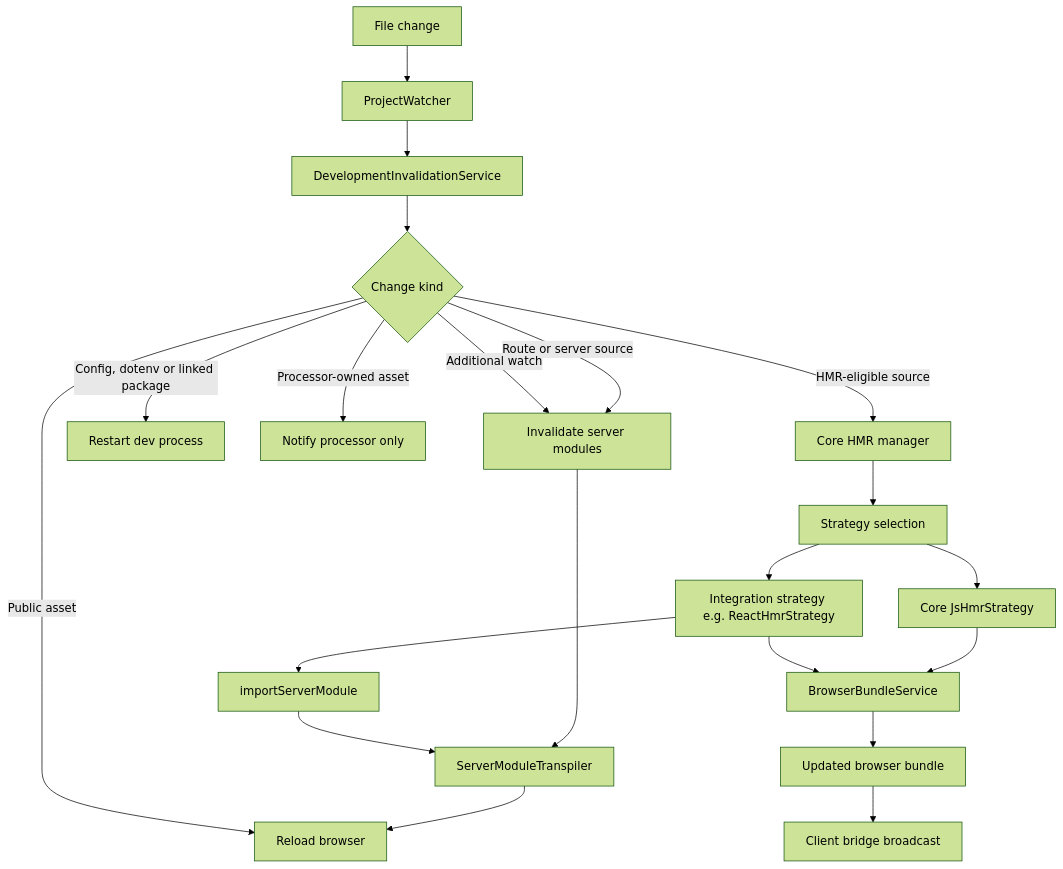
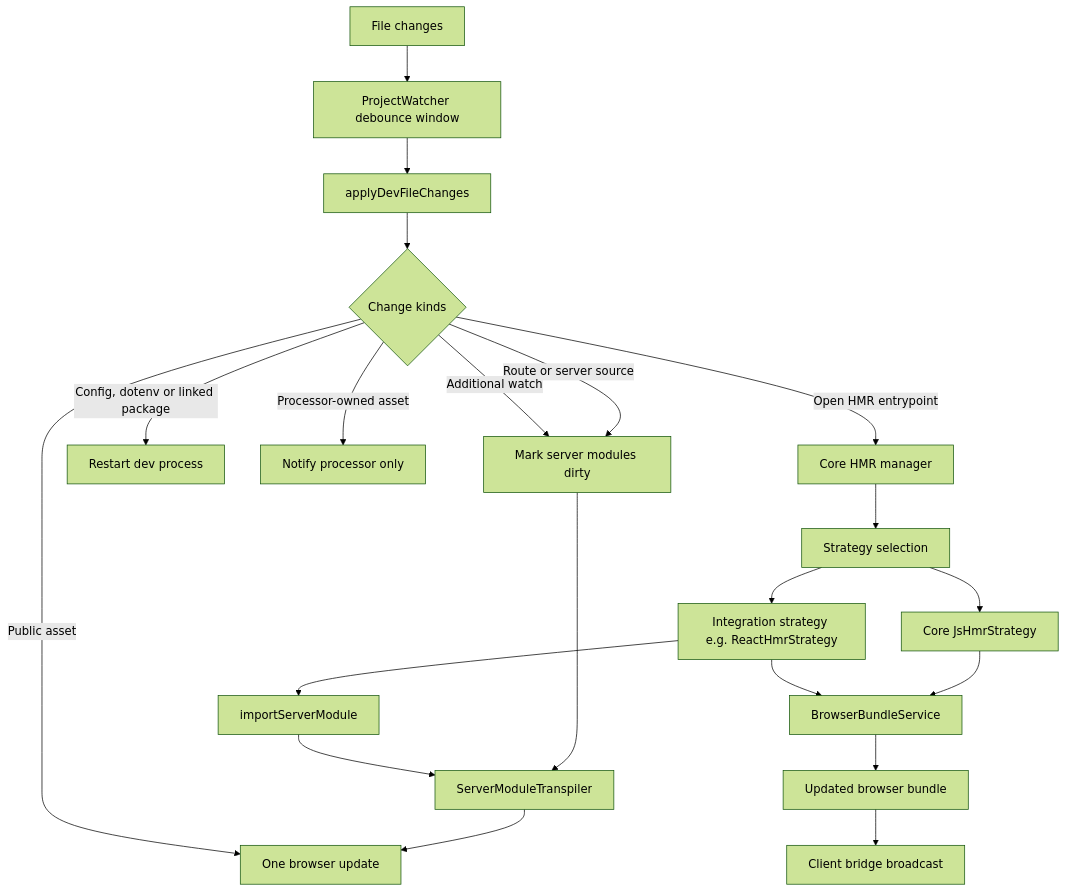
The second of 2 diagrams in packages/core/README.md (ecopages/ecopages), drawn with Mermaid (forest theme) before and after one commit. The commit also changed other lines of this file and 12 other files, not shown here.

First line of the commit message:
feat(core): mark a debounce window of development edits dirty once

````diff
--- a/packages/core/README.md
+++ b/packages/core/README.md
@@ -52,23 +52,23 @@
 ```mermaid
 flowchart TD
-	A[File change] --> B[ProjectWatcher]
-	B --> C[DevelopmentInvalidationService]
-	C --> D{Change kind}
-	D -->|Route or server source| E[Invalidate server modules]
+	A[File changes] --> B[ProjectWatcher debounce window]
+	B --> C[applyDevFileChanges]
+	C --> D{Change kinds}
+	D -->|Route or server source| E[Mark server modules dirty]
 	D -->|Additional watch| E
 	D -->|Config, dotenv or linked package| R[Restart dev process]
 	E --> N[Notify processors]
-	N --> F[Reload browser]
+	N --> F[One browser update]
 	D -->|Public asset| F
 	D -->|Processor-owned asset| G[Notify processor only]
-	D -->|HMR-eligible source| H[Core HMR manager]
+	D -->|Open HMR entrypoint| H[Core HMR manager]
 	H --> I[Strategy selection]
 	I --> J[Core JsHmrStrategy]
 	I --> K[Integration strategy e.g. ReactHmrStrategy]
 	J --> L[BrowserBundleService]
 	K --> L
 	K --> M[importServerModule]
 	M --> N[ServerModuleTranspiler]
 	L --> O[Updated browser bundle]
 	O --> P[Client bridge broadcast]
 ```
````
